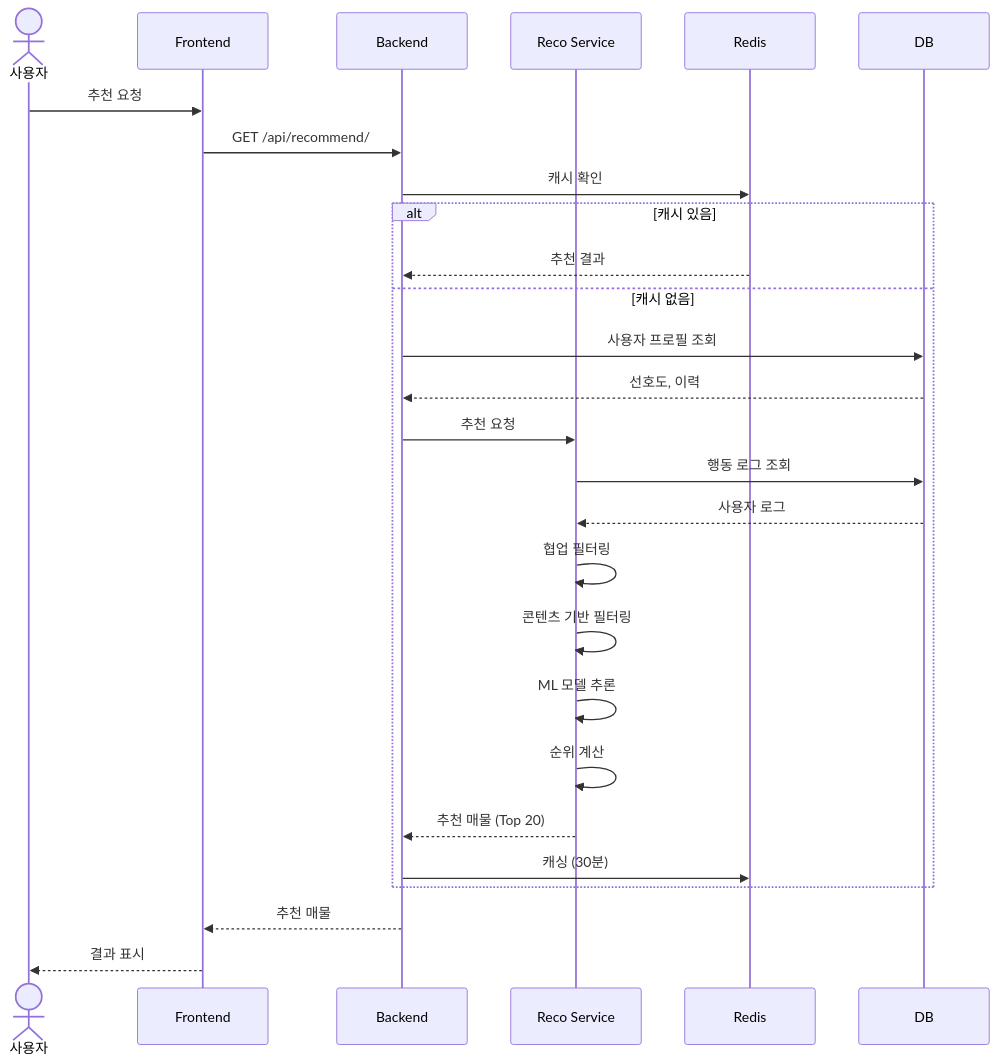
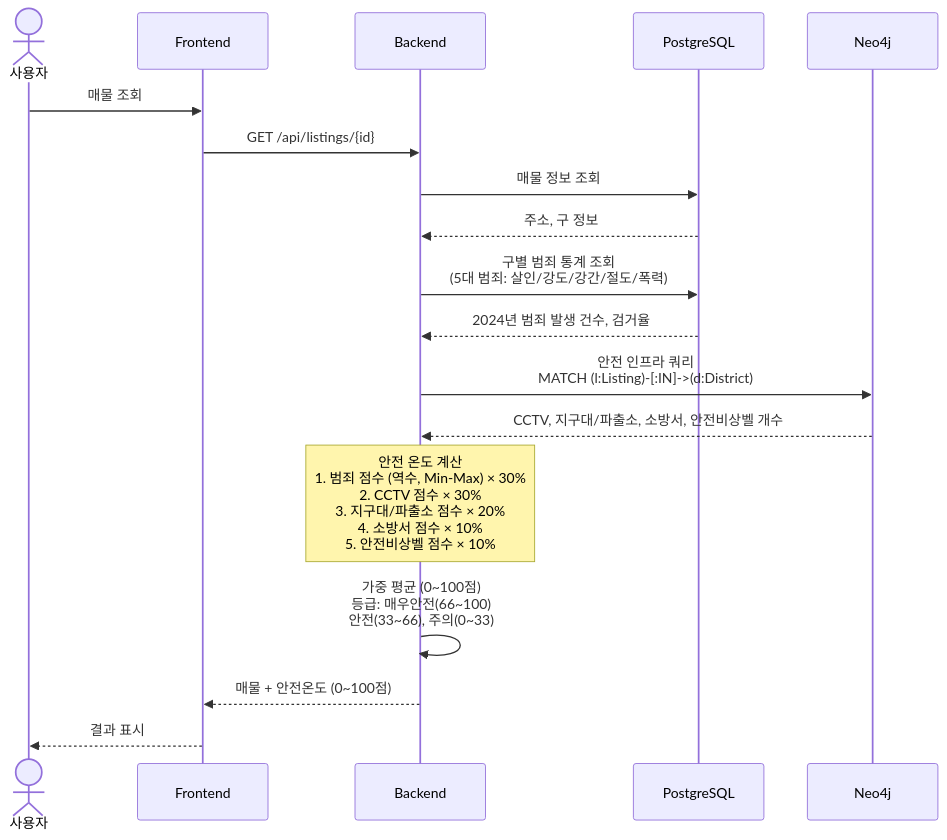
One commit to eunjeong0911/Property-recommend changed the fifth of 8 diagrams in docs/Architecture_Diagrams.md. Above: the diagram before and after it, drawn with Mermaid. The commit also changed other lines of this file and 4 other files, not shown here.

````diff
--- a/docs/Architecture_Diagrams.md
+++ b/docs/Architecture_Diagrams.md
@@ -227,36 +178,27 @@
 ```mermaid
 sequenceDiagram
     actor User as 사용자
     participant FE as Frontend
     participant BE as Backend
-    participant Reco as Reco Service
-    participant Cache as Redis
-    participant DB as DB
+    participant DB as PostgreSQL
+    participant Neo4j as Neo4j
     
-    User->>FE: 추천 요청
-    FE->>BE: GET /api/recommend/
+    User->>FE: 매물 조회
+    FE->>BE: GET /api/listings/{id}
     
-    BE->>Cache: 캐시 확인
+    BE->>DB: 매물 정보 조회
+    DB-->>BE: 주소, 구 정보
     
-    alt 캐시 있음
-        Cache-->>BE: 추천 결과
-    else 캐시 없음
-        BE->>DB: 사용자 프로필 조회
-        DB-->>BE: 선호도, 이력
-        
-        BE->>Reco: 추천 요청
-        Reco->>DB: 행동 로그 조회
-        DB-->>Reco: 사용자 로그
-        
-        Reco->>Reco: 협업 필터링
-        Reco->>Reco: 콘텐츠 기반 필터링
-        Reco->>Reco: ML 모델 추론
-        Reco->>Reco: 순위 계산
-        
-        Reco-->>BE: 추천 매물 (Top 20)
-        BE->>Cache: 캐싱 (30분)
-    end
+    BE->>DB: 구별 범죄 통계 조회<br/>(5대 범죄: 살인/강도/강간/절도/폭력)
+    DB-->>BE: 2024년 범죄 발생 건수, 검거율
     
-    BE-->>FE: 추천 매물
+    BE->>Neo4j: 안전 인프라 쿼리<br/>MATCH (l:Listing)-[:IN]->(d:District)
+    Neo4j-->>BE: CCTV, 지구대/파출소, 소방서, 안전비상벨 개수
+    
+    Note over BE: 안전 온도 계산<br/>1. 범죄 점수 (역수, Min-Max) × 30%<br/>2. CCTV 점수 × 30%<br/>3. 지구대/파출소 점수 × 20%<br/>4. 소방서 점수 × 10%<br/>5. 안전비상벨 점수 × 10%
+    
+    BE->>BE: 가중 평균 (0~100점)<br/>등급: 매우안전(66~100)<br/>안전(33~66), 주의(0~33)
+    
+    BE-->>FE: 매물 + 안전온도 (0~100점)
     FE-->>User: 결과 표시
 ```
````
